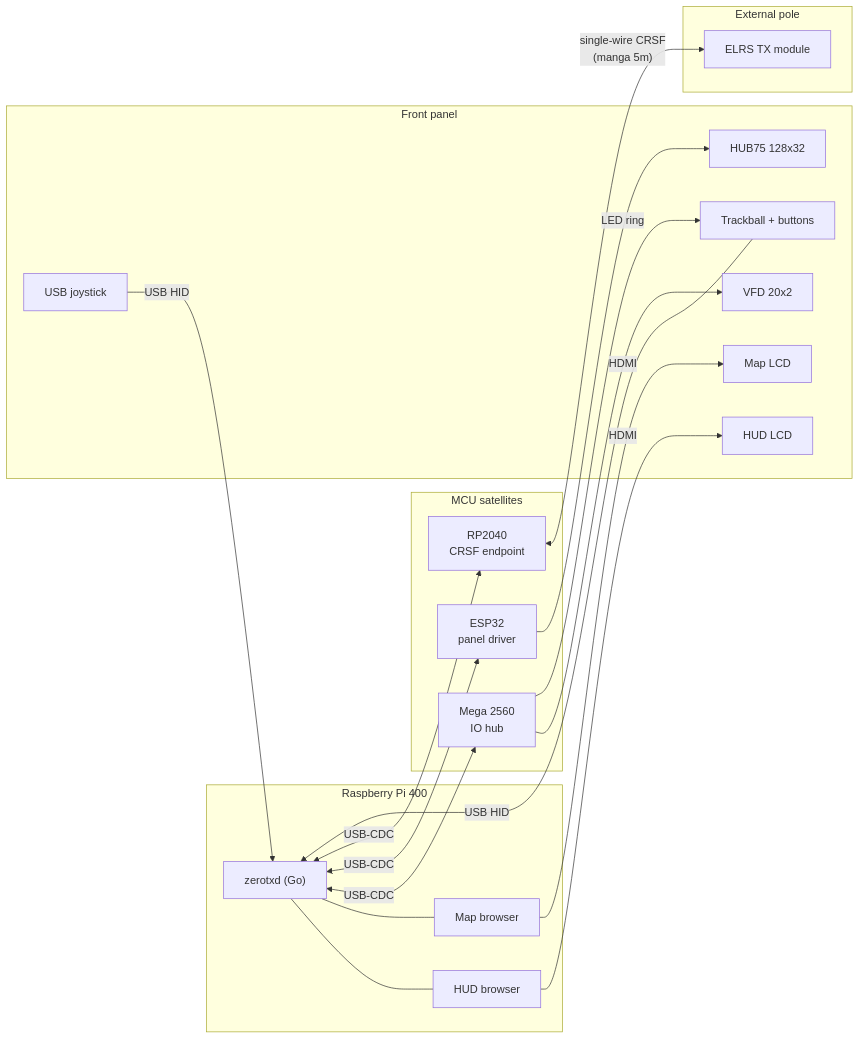
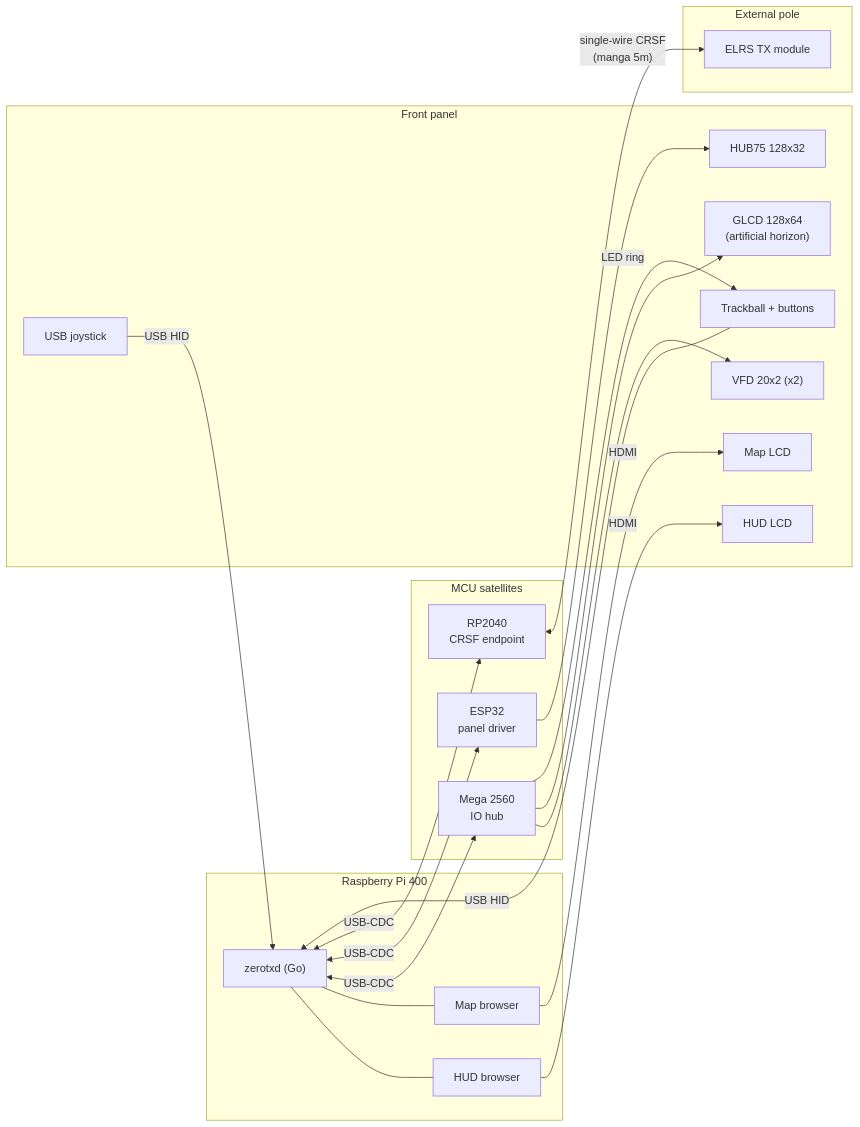
Before and after one commit to agoliveira/zerotx: the first of 4 diagrams in docs/ARCHITECTURE.md, drawn with Mermaid. The commit also changed other lines of this file, not shown here.

First line of the commit message:
ARCHITECTURE.md: refresh subsystem map, GLCD, arm + pre-flight prose

````diff
--- a/docs/ARCHITECTURE.md
+++ b/docs/ARCHITECTURE.md
@@ -17,41 +17,43 @@
 ```mermaid
 flowchart LR
     subgraph EXT["External pole"]
         ELRS["ELRS TX module"]
     end
 
     subgraph PI["Raspberry Pi 400"]
         DAEMON["zerotxd (Go)"]
         HUDB["HUD browser"]
         MAPB["Map browser"]
     end
 
     subgraph MCU["MCU satellites"]
         MEGA["Mega 2560<br/>IO hub"]
         ESP32["ESP32<br/>panel driver"]
         RP["RP2040<br/>CRSF endpoint"]
     end
 
     subgraph FRONT["Front panel"]
         HUDL["HUD LCD"]
         MAPL["Map LCD"]
         PANEL["HUB75 128x32"]
-        VFD["VFD 20x2"]
+        VFD["VFD 20x2 (x2)"]
+        GLCD["GLCD 128x64<br/>(artificial horizon)"]
         TB["Trackball + buttons"]
         JS["USB joystick"]
     end
 
     DAEMON --- HUDB
     DAEMON --- MAPB
     HUDB -->|HDMI| HUDL
     MAPB -->|HDMI| MAPL
     DAEMON <-->|USB-CDC| MEGA
     DAEMON <-->|USB-CDC| ESP32
     DAEMON <-->|USB-CDC| RP
     RP <-->|"single-wire CRSF<br/>(manga 5m)"| ELRS
     MEGA --> VFD
+    MEGA --> GLCD
     MEGA -->|"LED ring"| TB
     ESP32 --> PANEL
     JS -->|USB HID| DAEMON
     TB -->|USB HID| DAEMON
 ```
````
